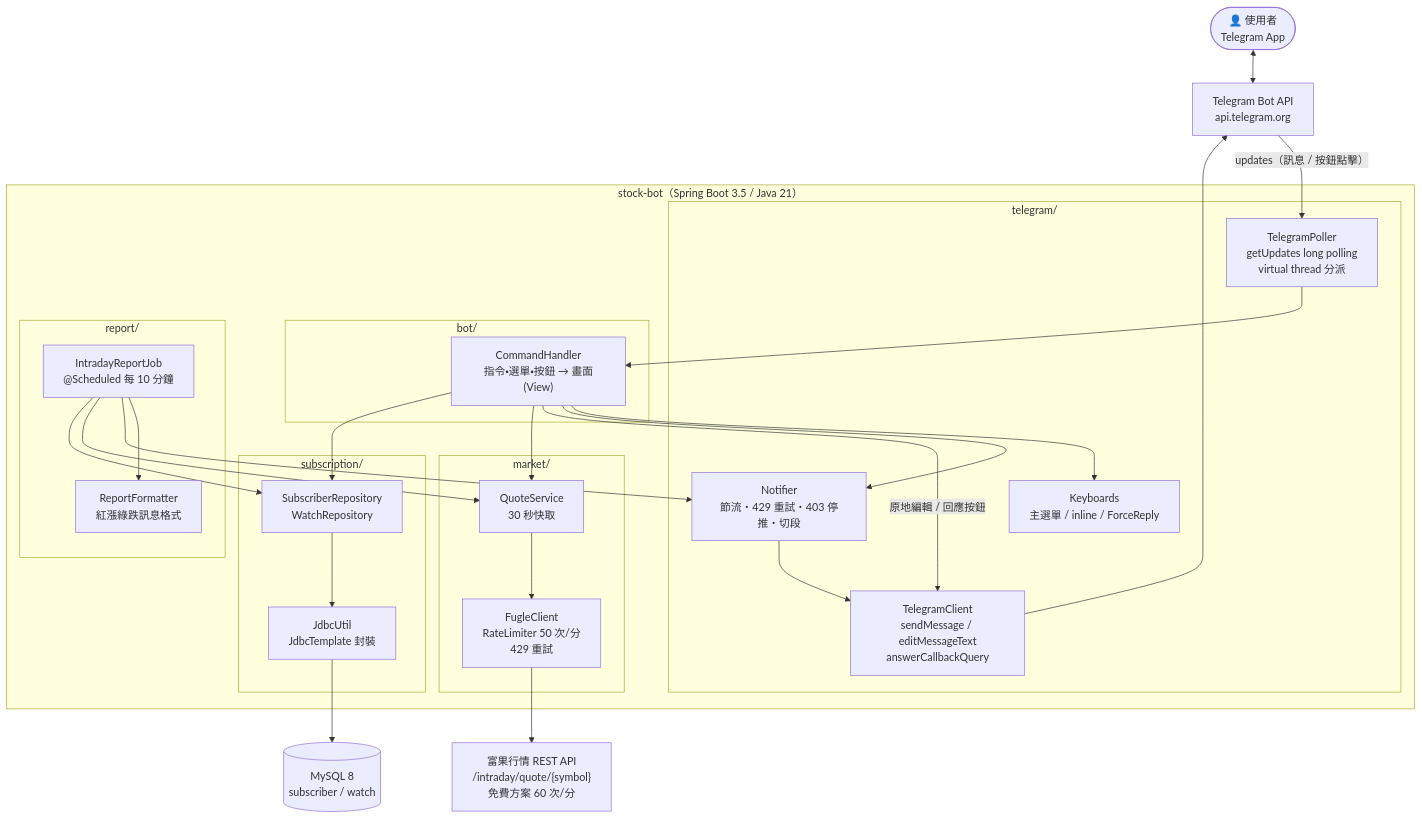
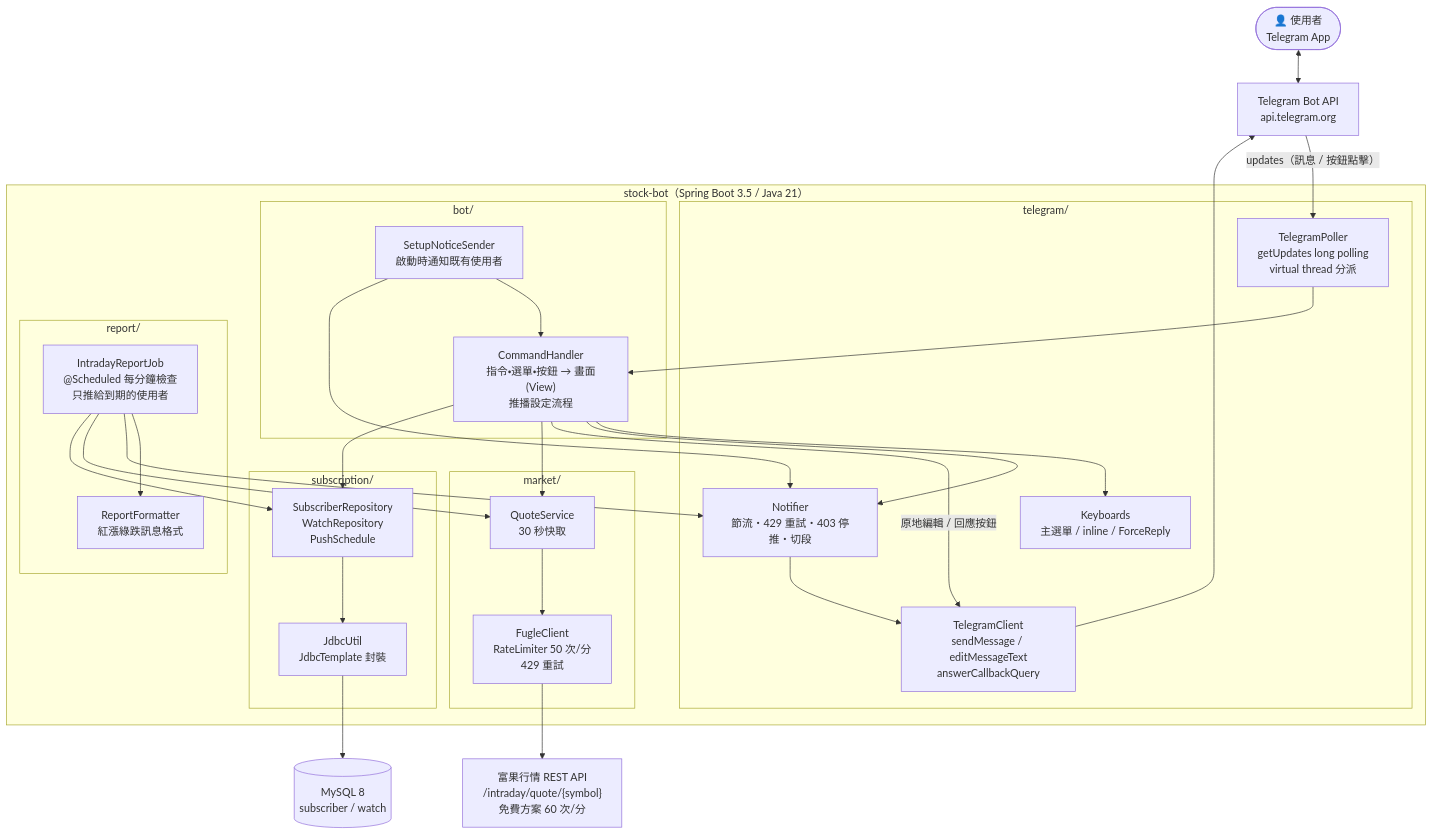
One commit to enochctcg/stock-bot-2 changed the first of 5 diagrams in docs/architecture.md. Above: the diagram before and after it, drawn with Mermaid. The commit also changed other lines of this file and 19 other files, not shown here.

````diff
--- a/docs/architecture.md
+++ b/docs/architecture.md
@@ -8,49 +8,52 @@
 ```mermaid
 flowchart TB
     user(["👤 使用者<br/>Telegram App"])
     tg["Telegram Bot API<br/>api.telegram.org"]
 
     subgraph app["stock-bot（Spring Boot 3.5 / Java 21）"]
         subgraph tgl["telegram/"]
             poller["TelegramPoller<br/>getUpdates long polling<br/>virtual thread 分派"]
             client["TelegramClient<br/>sendMessage / editMessageText<br/>answerCallbackQuery"]
             notifier["Notifier<br/>節流・429 重試・403 停推・切段"]
             kb["Keyboards<br/>主選單 / inline / ForceReply"]
         end
         subgraph botl["bot/"]
-            handler["CommandHandler<br/>指令・選單・按鈕 → 畫面(View)"]
+            handler["CommandHandler<br/>指令・選單・按鈕 → 畫面(View)<br/>推播設定流程"]
+            notice["SetupNoticeSender<br/>啟動時通知既有使用者"]
         end
         subgraph rpt["report/"]
-            job["IntradayReportJob<br/>@Scheduled 每 10 分鐘"]
+            job["IntradayReportJob<br/>@Scheduled 每分鐘檢查<br/>只推給到期的使用者"]
             fmt["ReportFormatter<br/>紅漲綠跌訊息格式"]
         end
         subgraph mkt["market/"]
             qs["QuoteService<br/>30 秒快取"]
             fc["FugleClient<br/>RateLimiter 50 次/分<br/>429 重試"]
         end
         subgraph sub["subscription/"]
-            repo["SubscriberRepository<br/>WatchRepository"]
+            repo["SubscriberRepository<br/>WatchRepository<br/>PushSchedule"]
             ju["JdbcUtil<br/>JdbcTemplate 封裝"]
         end
     end
 
     fugle["富果行情 REST API<br/>/intraday/quote/{symbol}<br/>免費方案 60 次/分"]
     db[("MySQL 8<br/>subscriber / watch")]
 
     user <--> tg
     tg -- "updates（訊息 / 按鈕點擊）" --> poller
     poller --> handler
     handler --> kb
     handler --> notifier
     handler -- "原地編輯 / 回應按鈕" --> client
     notifier --> client
     client --> tg
     job --> fmt
     job --> notifier
     handler --> qs
     job --> qs
     qs --> fc --> fugle
     handler --> repo
+    notice --> handler
+    notice --> notifier
     job --> repo
     repo --> ju --> db
 ```
````
